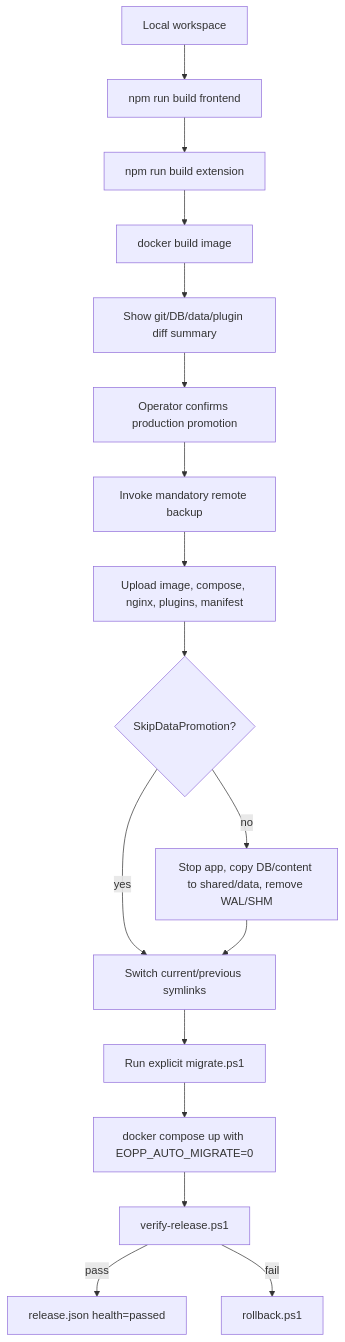
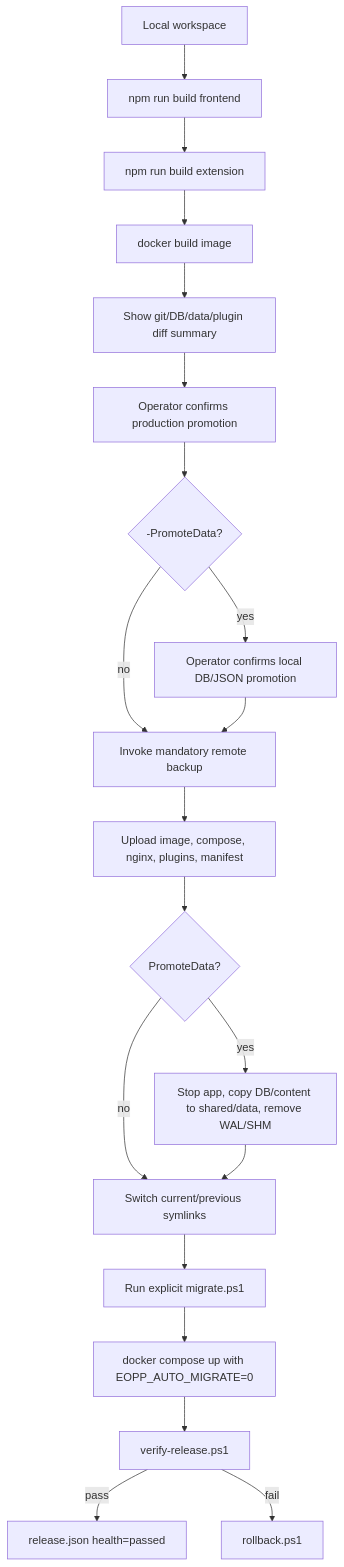
Before and after one commit to ctac1412/eopp: the first of 2 diagrams in docs/wiki/deployment.md, drawn with Mermaid. The commit also changed other lines of this file and 14 other files, not shown here.

````diff
--- a/docs/wiki/deployment.md
+++ b/docs/wiki/deployment.md
@@ -23,19 +23,23 @@
 ```mermaid
 flowchart TD
   Start["Local workspace"] --> BuildFE["npm run build frontend"]
   BuildFE --> BuildExt["npm run build extension"]
   BuildExt --> BuildImage["docker build image"]
   BuildImage --> Diff["Show git/DB/data/plugin diff summary"]
   Diff --> Confirm["Operator confirms production promotion"]
-  Confirm --> Backup["Invoke mandatory remote backup"]
+  Confirm --> DataConfirm{"-PromoteData?"}
+  DataConfirm -->|yes| ConfirmData["Operator confirms local DB/JSON promotion"]
+  DataConfirm -->|no| Backup
+  ConfirmData --> Backup
+  Backup["Invoke mandatory remote backup"]
   Backup --> Upload["Upload image, compose, nginx, plugins, manifest"]
-  Upload --> Data{"SkipDataPromotion?"}
-  Data -->|no| PromoteData["Stop app, copy DB/content to shared/data, remove WAL/SHM"]
-  Data -->|yes| Symlink
+  Upload --> Data{"PromoteData?"}
+  Data -->|yes| PromoteData["Stop app, copy DB/content to shared/data, remove WAL/SHM"]
+  Data -->|no| Symlink
   PromoteData --> Symlink["Switch current/previous symlinks"]
   Symlink --> Migrate["Run explicit migrate.ps1"]
   Migrate --> StartApp["docker compose up with EOPP_AUTO_MIGRATE=0"]
   StartApp --> Verify["verify-release.ps1"]
   Verify -->|pass| MarkGood["release.json health=passed"]
   Verify -->|fail| Rollback["rollback.ps1"]
 ```
````
